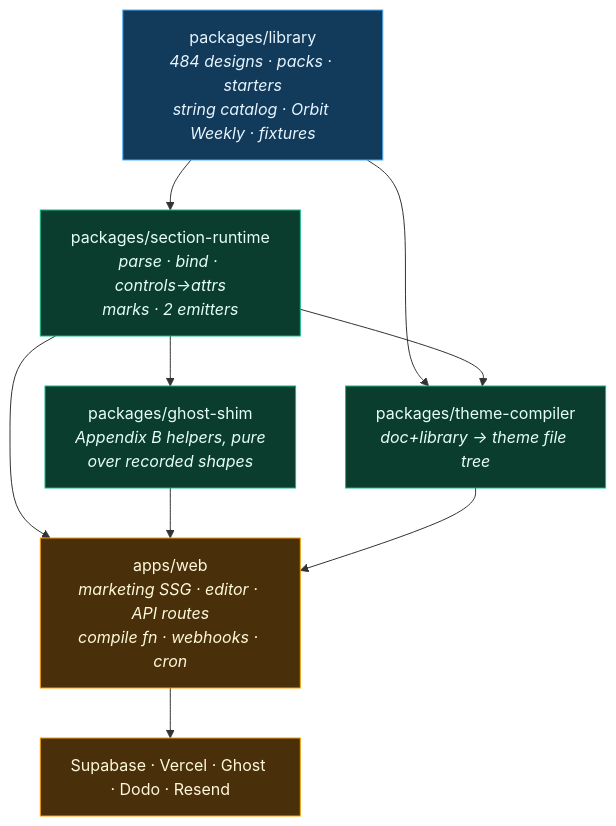
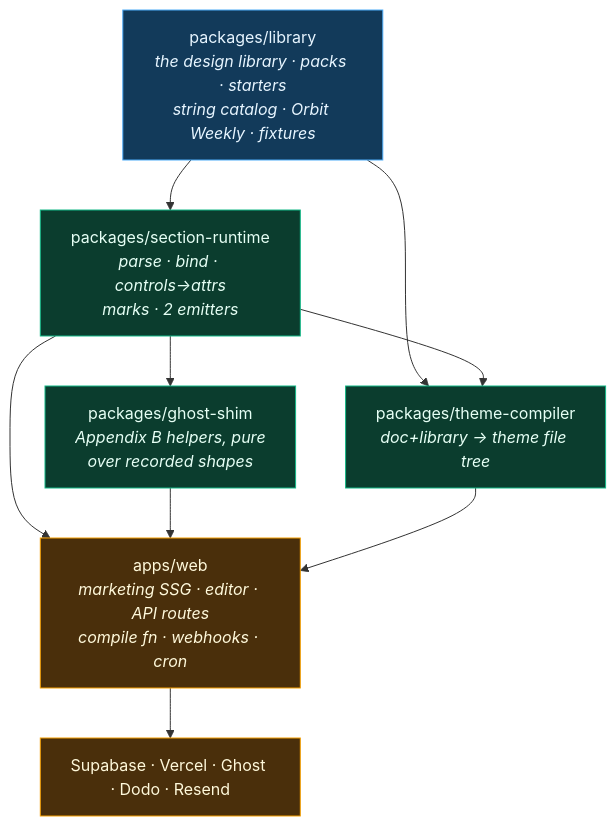
The first of 4 diagrams in _bmad-output/planning-artifacts/architecture/architecture-Inflozo-2026-08-19/ARCHITECTURE-SPINE.md (Inflozo/inflozo), drawn with Mermaid before and after one commit. The commit also changed other lines of this file and 23 other files, not shown here.

````diff
--- a/_bmad-output/planning-artifacts/architecture/architecture-Inflozo-2026-08-19/ARCHITECTURE-SPINE.md
+++ b/_bmad-output/planning-artifacts/architecture/architecture-Inflozo-2026-08-19/ARCHITECTURE-SPINE.md
@@ -62,23 +63,23 @@
 ```mermaid
 graph TD
-  L["packages/library<br/><i>484 designs · packs · starters<br/>string catalog · Orbit Weekly · fixtures</i>"]
+  L["packages/library<br/><i>the design library · packs · starters<br/>string catalog · Orbit Weekly · fixtures</i>"]
   SR["packages/section-runtime<br/><i>parse · bind · controls→attrs<br/>marks · 2 emitters</i>"]
   GS["packages/ghost-shim<br/><i>Appendix B helpers, pure<br/>over recorded shapes</i>"]
   TC["packages/theme-compiler<br/><i>doc+library → theme file tree</i>"]
   W["apps/web<br/><i>marketing SSG · editor · API routes<br/>compile fn · webhooks · cron</i>"]
   P["Supabase · Vercel · Ghost · Dodo · Resend"]
   L --> SR
   L --> TC
   SR --> GS
   SR --> TC
   SR --> W
   GS --> W
   TC --> W
   W --> P
   classDef pure fill:#0b3d2e,stroke:#12b886,color:#e6fff5
   classDef data fill:#123a5a,stroke:#4dabf7,color:#e7f5ff
   classDef shell fill:#4a2f0b,stroke:#f59f00,color:#fff9db
   class SR,GS,TC pure
   class L data
   class W,P shell
 ```
````
